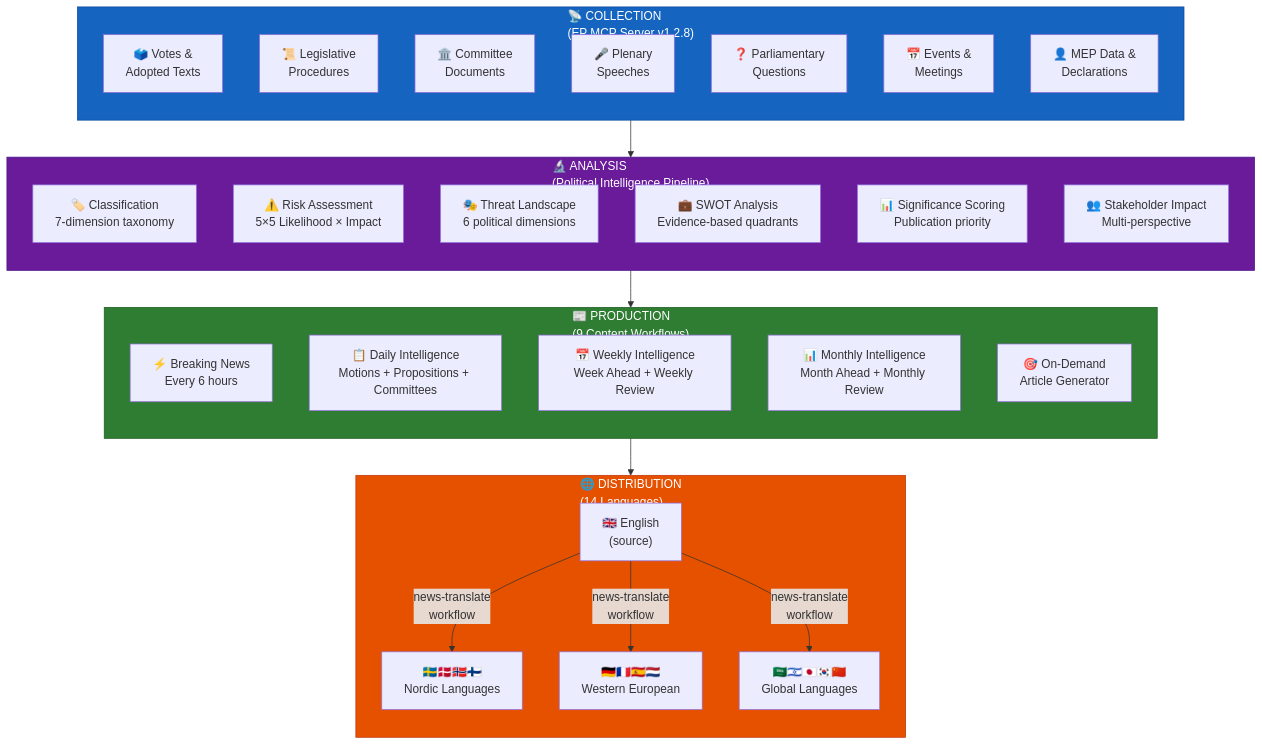
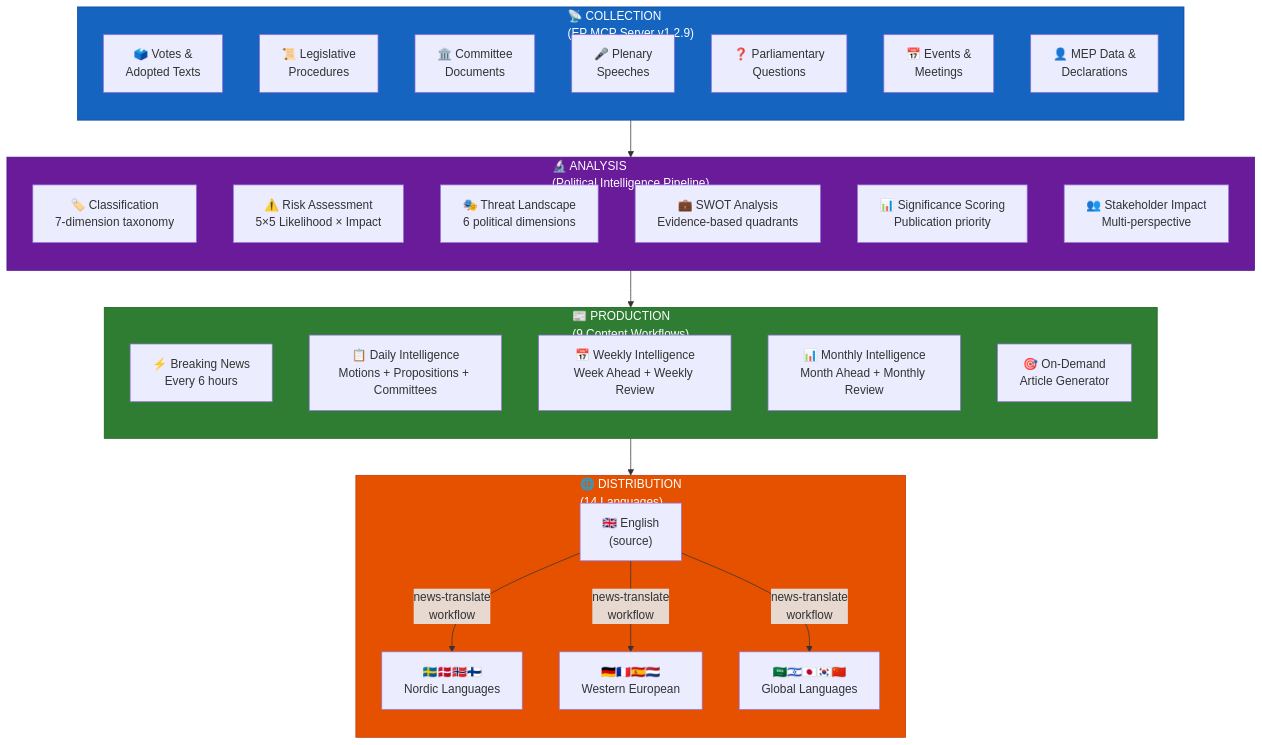
One commit to Hack23/euparliamentmonitor changed diagram 18 of 21 in WORKFLOWS.md. Above: the diagram before and after it, drawn with Mermaid. The commit also changed other lines of this file and 39 other files, not shown here.

First line of the commit message:
chore: bump EP MCP server references to 1.2.9 across repo

````diff
--- a/WORKFLOWS.md
+++ b/WORKFLOWS.md
@@ -1625,48 +1625,48 @@
 ```mermaid
 flowchart TD
-    subgraph Collection["📡 COLLECTION<br/>(EP MCP Server v1.2.8)"]
+    subgraph Collection["📡 COLLECTION<br/>(EP MCP Server v1.2.9)"]
         direction TB
         C1["🗳️ Votes &<br/>Adopted Texts"]
         C2["📜 Legislative<br/>Procedures"]
         C3["🏛️ Committee<br/>Documents"]
         C4["🎤 Plenary<br/>Speeches"]
         C5["❓ Parliamentary<br/>Questions"]
         C6["📅 Events &<br/>Meetings"]
         C7["👤 MEP Data &<br/>Declarations"]
     end
 
     subgraph Analysis["🔬 ANALYSIS<br/>(Political Intelligence Pipeline)"]
         direction TB
         A1["🏷️ Classification<br/>7-dimension taxonomy"]
         A2["⚠️ Risk Assessment<br/>5×5 Likelihood × Impact"]
         A3["🎭 Threat Landscape<br/>6 political dimensions"]
         A4["💼 SWOT Analysis<br/>Evidence-based quadrants"]
         A5["📊 Significance Scoring<br/>Publication priority"]
         A6["👥 Stakeholder Impact<br/>Multi-perspective"]
     end
 
     subgraph Production["📰 PRODUCTION<br/>(9 Content Workflows)"]
         direction TB
         P1["⚡ Breaking News<br/>Every 6 hours"]
         P2["📋 Daily Intelligence<br/>Motions + Propositions + Committees"]
         P3["📅 Weekly Intelligence<br/>Week Ahead + Weekly Review"]
         P4["📊 Monthly Intelligence<br/>Month Ahead + Monthly Review"]
         P5["🎯 On-Demand<br/>Article Generator"]
     end
 
     subgraph Distribution["🌐 DISTRIBUTION<br/>(14 Languages)"]
         direction TB
         D1["🇬🇧 English<br/>(source)"]
         D2["🇸🇪🇩🇰🇳🇴🇫🇮<br/>Nordic Languages"]
         D3["🇩🇪🇫🇷🇪🇸🇳🇱<br/>Western European"]
         D4["🇸🇦🇮🇱🇯🇵🇰🇷🇨🇳<br/>Global Languages"]
     end
 
     Collection --> Analysis --> Production --> D1
     D1 --> |"news-translate<br/>workflow"| D2 & D3 & D4
 
     style Collection fill:#1565C0,stroke:#0D47A1,color:#FFFFFF
     style Analysis fill:#6A1B9A,stroke:#4A148C,color:#FFFFFF
     style Production fill:#2E7D32,stroke:#1B5E20,color:#FFFFFF
     style Distribution fill:#E65100,stroke:#BF360C,color:#FFFFFF
 ```
````
